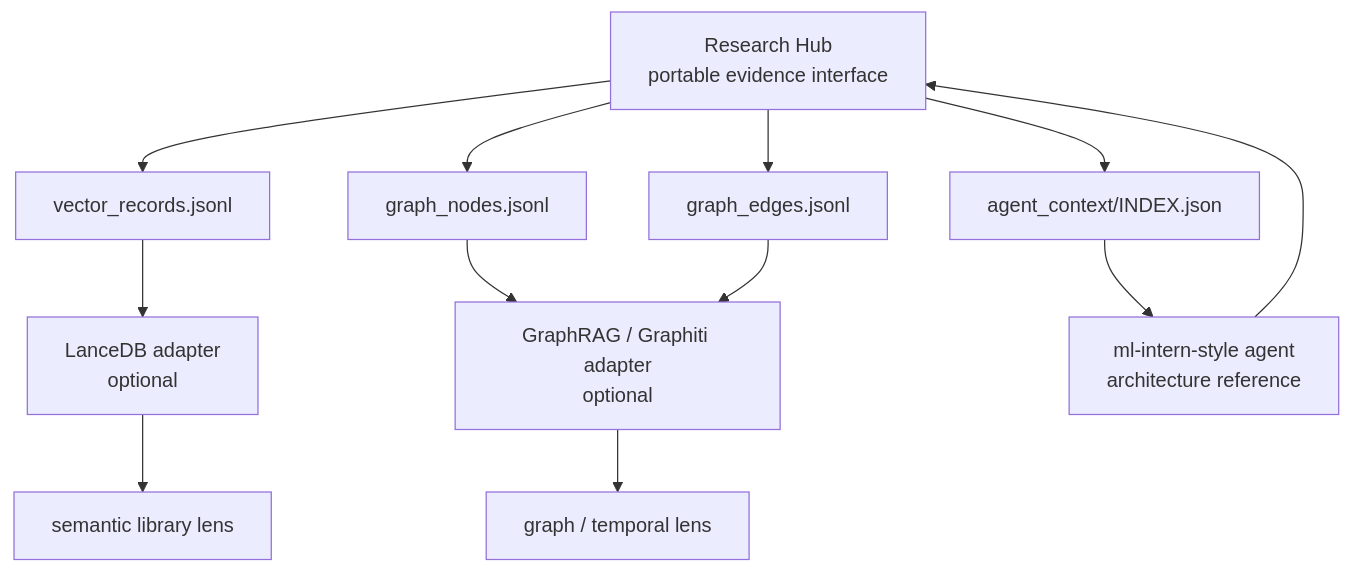
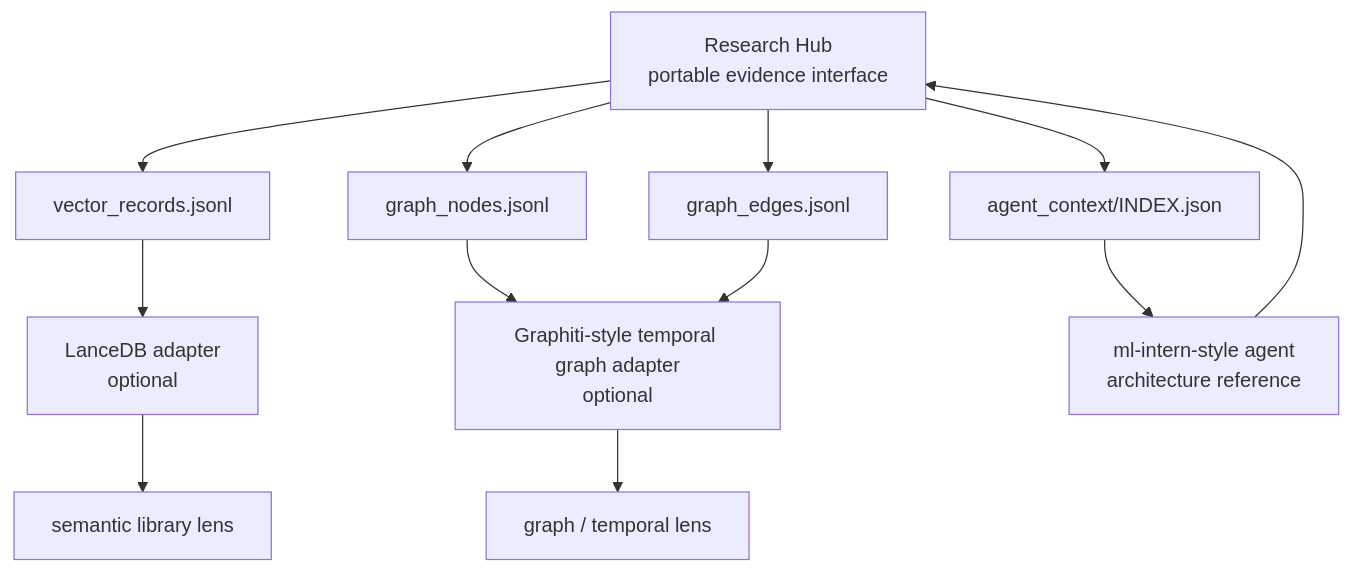
One commit to UTurtle/research-hub-skills changed the diagram in docs/oss-reuse.md. Above: the diagram before and after it, drawn with Mermaid. The commit also changed other lines of this file and 1 other file, not shown here.

Commit message:
Remove GraphRAG from integration targets

````diff
--- a/docs/oss-reuse.md
+++ b/docs/oss-reuse.md
@@ -37,16 +36,16 @@
 ```mermaid
 flowchart TD
     RH["Research Hub<br/>portable evidence interface"] --> VEC["vector_records.jsonl"]
     RH --> GN["graph_nodes.jsonl"]
     RH --> GE["graph_edges.jsonl"]
     RH --> AC["agent_context/INDEX.json"]
 
     VEC --> LANCE["LanceDB adapter<br/>optional"]
-    GN --> GRAPH["GraphRAG / Graphiti adapter<br/>optional"]
+    GN --> GRAPH["Graphiti-style temporal graph adapter<br/>optional"]
     GE --> GRAPH
     AC --> AGENT["ml-intern-style agent<br/>architecture reference"]
 
     AGENT --> RH
     LANCE --> QUERY["semantic library lens"]
     GRAPH --> QUERY2["graph / temporal lens"]
 ```
````
